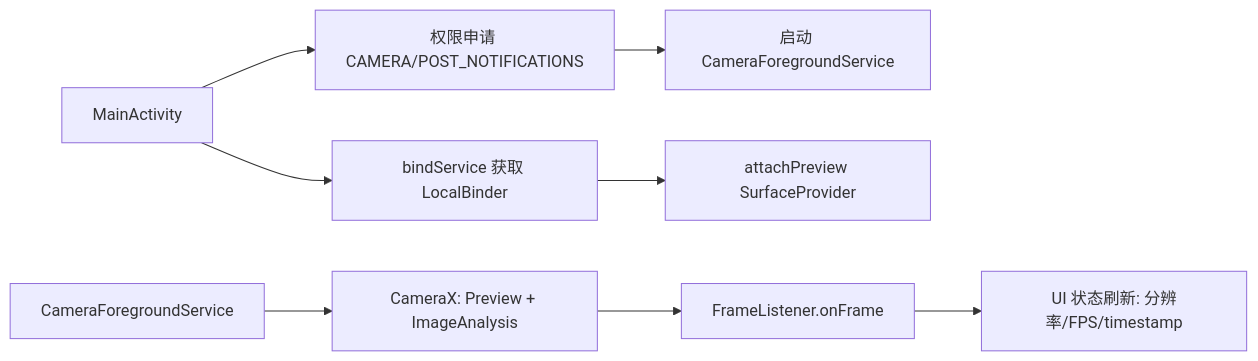
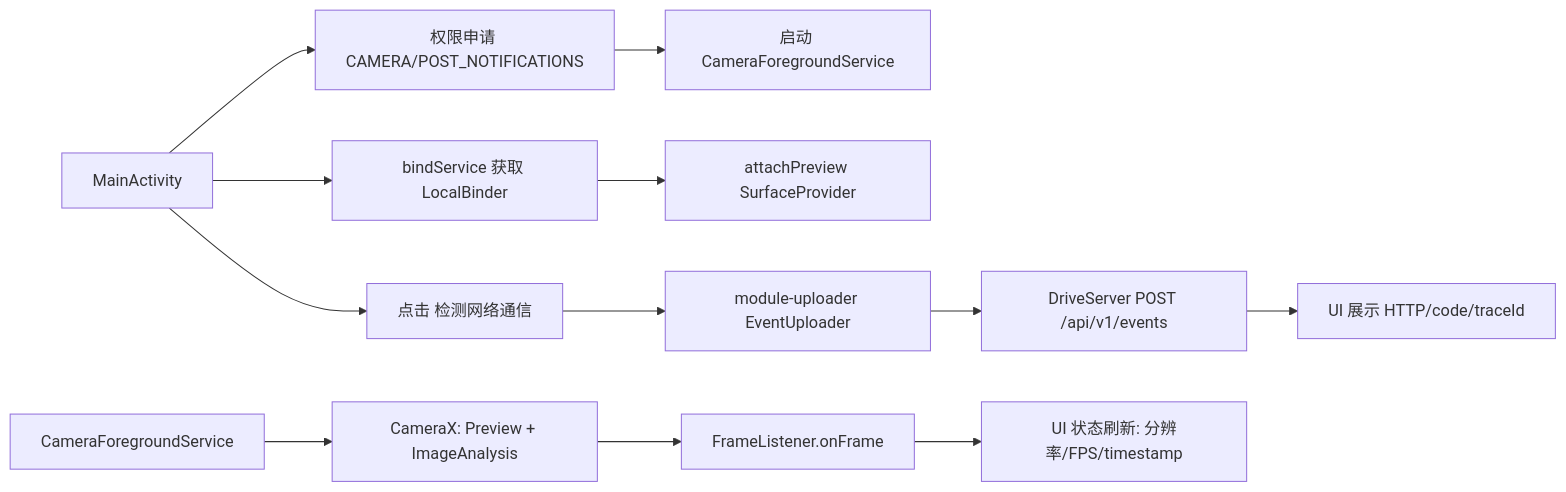
Before and after one commit to hEzzz1/DriveEdge: the diagram in docs/edge-app-camera-service-integration.md, drawn with Mermaid. The commit also changed other lines of this file and 15 other files, not shown here.

````diff
--- a/docs/edge-app-camera-service-integration.md
+++ b/docs/edge-app-camera-service-integration.md
@@ -21,10 +23,14 @@
 ```mermaid
 flowchart LR
     ui[MainActivity] --> perm[权限申请 CAMERA/POST_NOTIFICATIONS]
     perm --> start[启动 CameraForegroundService]
     ui --> bind[bindService 获取 LocalBinder]
     bind --> attach[attachPreview SurfaceProvider]
     svc[CameraForegroundService] --> cam[CameraX: Preview + ImageAnalysis]
     cam --> cb[FrameListener.onFrame]
     cb --> uiStatus[UI 状态刷新: 分辨率/FPS/timestamp]
+    ui --> probe[点击 检测网络通信]
+    probe --> uploader[module-uploader EventUploader]
+    uploader --> server[DriveServer POST /api/v1/events]
+    server --> uiNet[UI 展示 HTTP/code/traceId]
 ```
````
